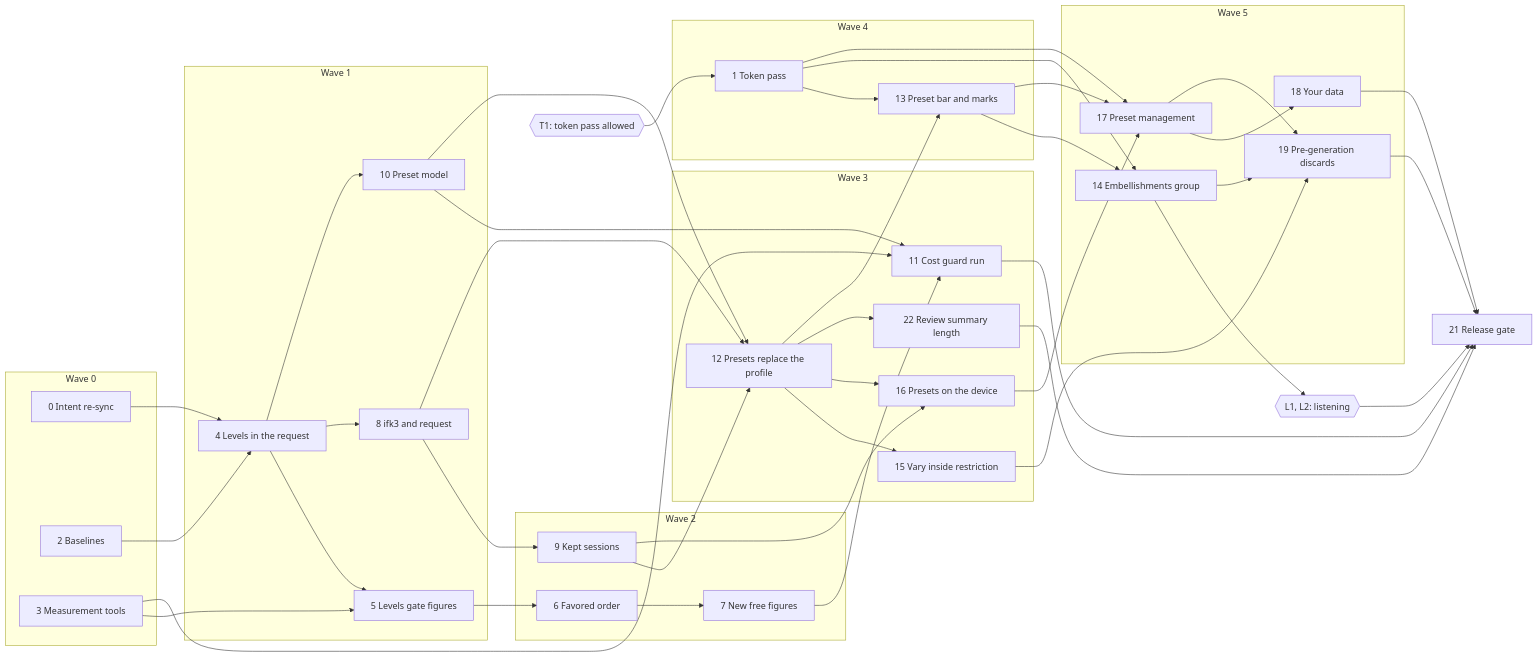
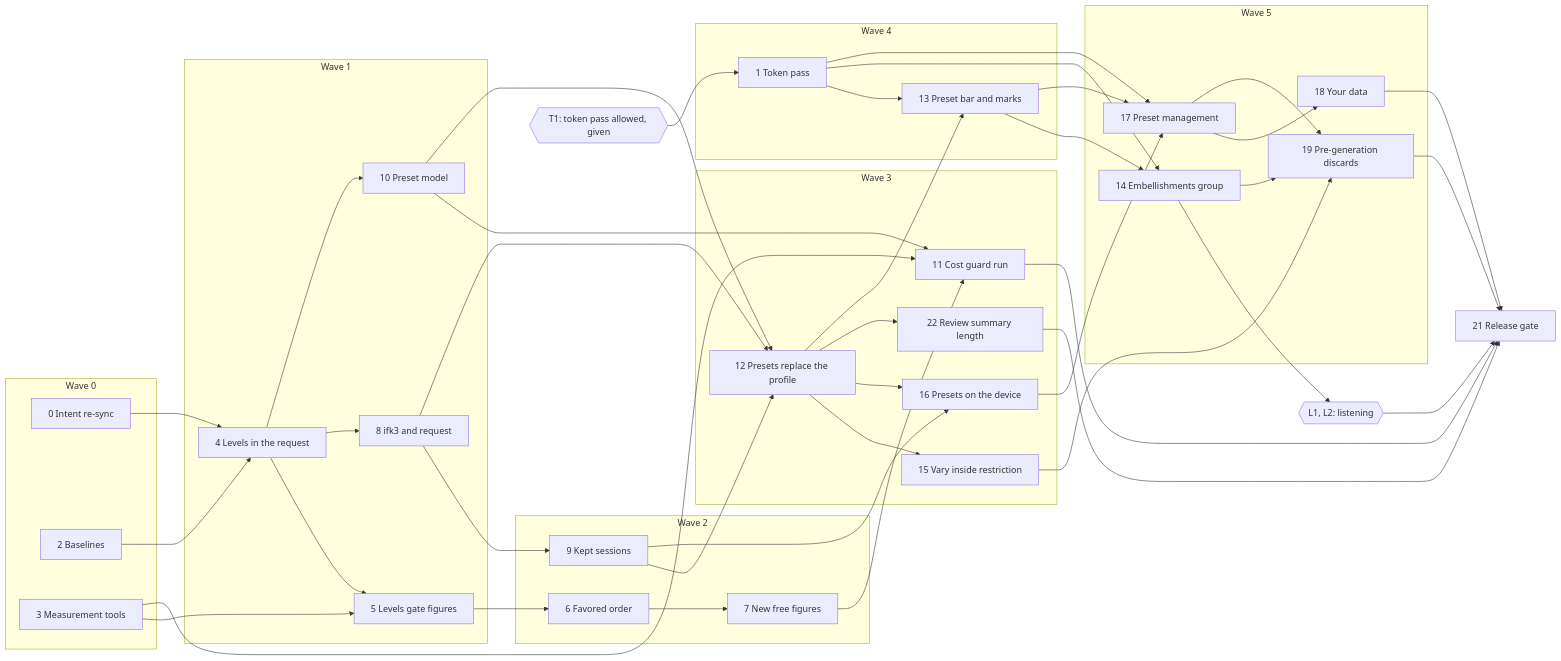
One commit to kluthen/infinite-flow changed the diagram in specs/versions/v3/build-plan-v3.1.md. Above: the diagram before and after it, drawn with Mermaid. The commit also changed other lines of this file and 5 other files, not shown here.

````diff
--- a/specs/versions/v3/build-plan-v3.1.md
+++ b/specs/versions/v3/build-plan-v3.1.md
@@ -128,76 +130,76 @@
 ```mermaid
 flowchart LR
-  T1{{T1: token pass allowed}}
+  T1{{T1: token pass allowed, given}}
   L{{L1, L2: listening}}
   subgraph W0[Wave 0]
     C0[0 Intent re-sync]
     C2[2 Baselines]
     C3[3 Measurement tools]
   end
   subgraph W1[Wave 1]
     C4[4 Levels in the request]
     C5[5 Levels gate figures]
     C8[8 ifk3 and request]
     C10[10 Preset model]
   end
   subgraph W2[Wave 2]
     C6[6 Favored order]
     C7[7 New free figures]
     C9[9 Kept sessions]
   end
   subgraph W3[Wave 3]
     C11[11 Cost guard run]
     C12[12 Presets replace the profile]
     C15[15 Vary inside restriction]
     C16[16 Presets on the device]
     C22[22 Review summary length]
   end
   subgraph W4[Wave 4]
     C1[1 Token pass]
     C13[13 Preset bar and marks]
   end
   subgraph W5[Wave 5]
     C14[14 Embellishments group]
     C17[17 Preset management]
     C18[18 Your data]
     C19[19 Pre-generation discards]
   end
   C21[21 Release gate]
   T1 --> C1
   C0 --> C4
   C2 --> C4
   C3 --> C5
   C4 --> C5
   C4 --> C8
   C4 --> C10
   C5 --> C6
   C6 --> C7
   C8 --> C9
   C3 --> C11
   C7 --> C11
   C10 --> C11
   C8 --> C12
   C9 --> C12
   C10 --> C12
   C12 --> C15
   C12 --> C16
   C12 --> C22
   C9 --> C16
   C1 --> C13
   C12 --> C13
   C1 --> C14
   C13 --> C14
   C14 --> L
   C1 --> C17
   C13 --> C17
   C16 --> C17
   C17 --> C18
   C14 --> C19
   C15 --> C19
   C17 --> C19
   C11 --> C21
   C18 --> C21
   C19 --> C21
   C22 --> C21
   L --> C21
 ```
````
